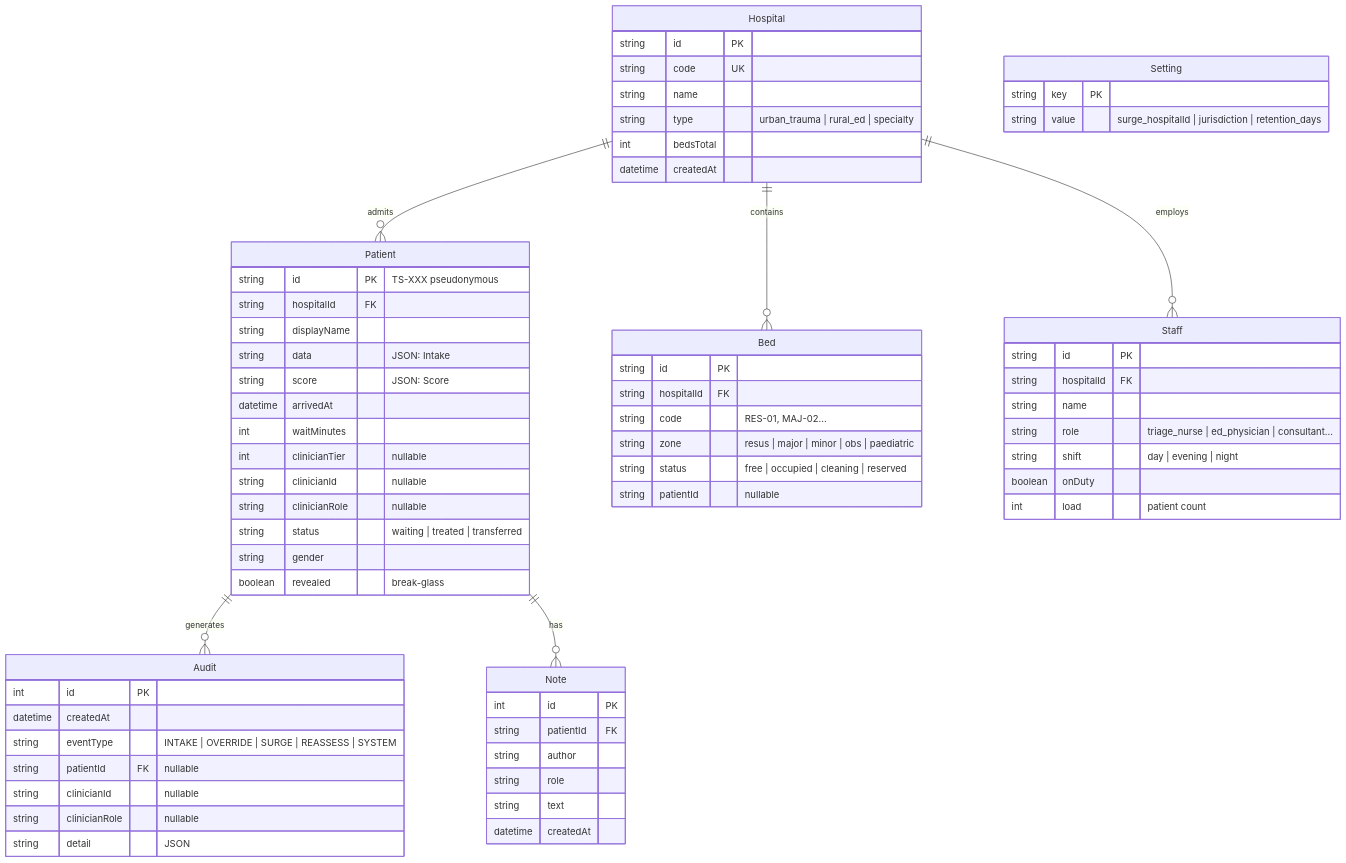
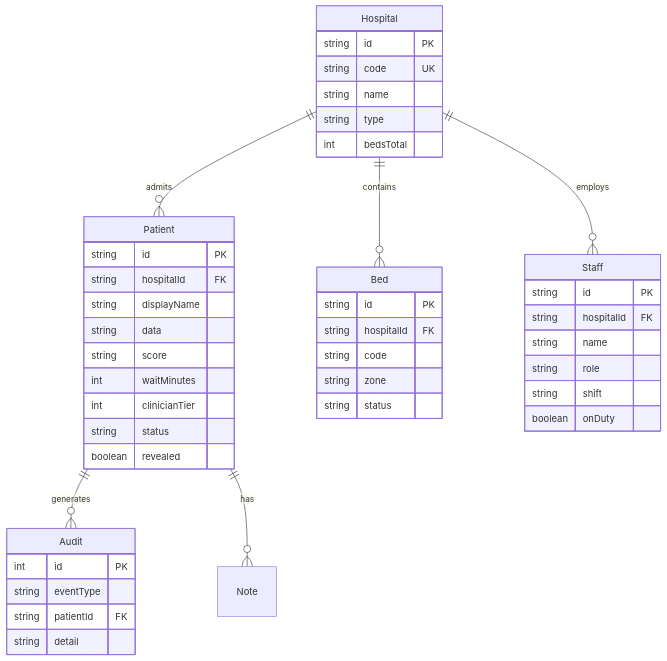
Before and after one commit to HarshvardhanJ/TriageSetu: the third of 3 diagrams in README.md, drawn with Mermaid. The commit also changed other lines of this file, not shown here.

````diff
--- a/README.md
+++ b/README.md
@@ -369,76 +138,48 @@
 ```mermaid
 erDiagram
     Hospital ||--o{ Patient : admits
     Hospital ||--o{ Bed : contains
     Hospital ||--o{ Staff : employs
     Patient ||--o{ Audit : generates
     Patient ||--o{ Note : has
 
     Hospital {
         string id PK
         string code UK
         string name
-        string type "urban_trauma | rural_ed | specialty"
+        string type
         int bedsTotal
-        datetime createdAt
     }
-
     Patient {
-        string id PK "TS-XXX pseudonymous"
+        string id PK
         string hospitalId FK
         string displayName
-        string data "JSON: Intake"
-        string score "JSON: Score"
-        datetime arrivedAt
+        string data
+        string score
         int waitMinutes
-        int clinicianTier "nullable"
-        string clinicianId "nullable"
-        string clinicianRole "nullable"
-        string status "waiting | treated | transferred"
-        string gender
-        boolean revealed "break-glass"
+        int clinicianTier
+        string status
+        boolean revealed
     }
-
     Audit {
         int id PK
-        datetime createdAt
-        string eventType "INTAKE | OVERRIDE | SURGE | REASSESS | SYSTEM"
-        string patientId FK "nullable"
-        string clinicianId "nullable"
-        string clinicianRole "nullable"
-        string detail "JSON"
+        string eventType
+        string patientId FK
+        string detail
     }
-
     Bed {
         string id PK
         string hospitalId FK
-        string code "RES-01, MAJ-02..."
-        string zone "resus | major | minor | obs | paediatric"
-        string status "free | occupied | cleaning | reserved"
-        string patientId "nullable"
+        string code
+        string zone
+        string status
     }
-
     Staff {
         string id PK
         string hospitalId FK
         string name
-        string role "triage_nurse | ed_physician | consultant..."
-        string shift "day | evening | night"
+        string role
+        string shift
         boolean onDuty
-        int load "patient count"
-    }
-
-    Note {
-        int id PK
-        string patientId FK
-        string author
-        string role
-        string text
-        datetime createdAt
-    }
-
-    Setting {
-        string key PK
-        string value "surge_hospitalId | jurisdiction | retention_days"
     }
 ```
````
